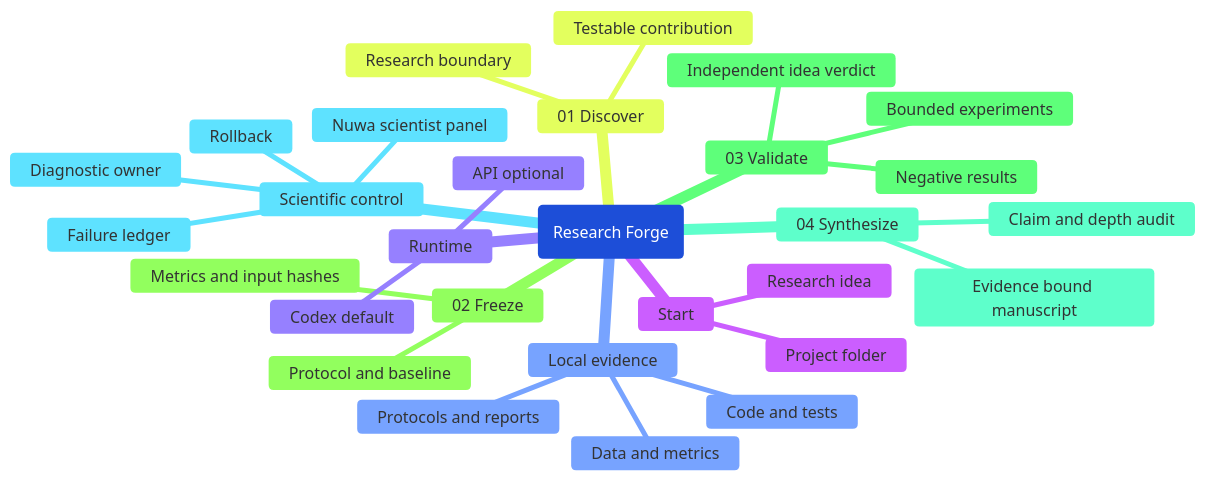
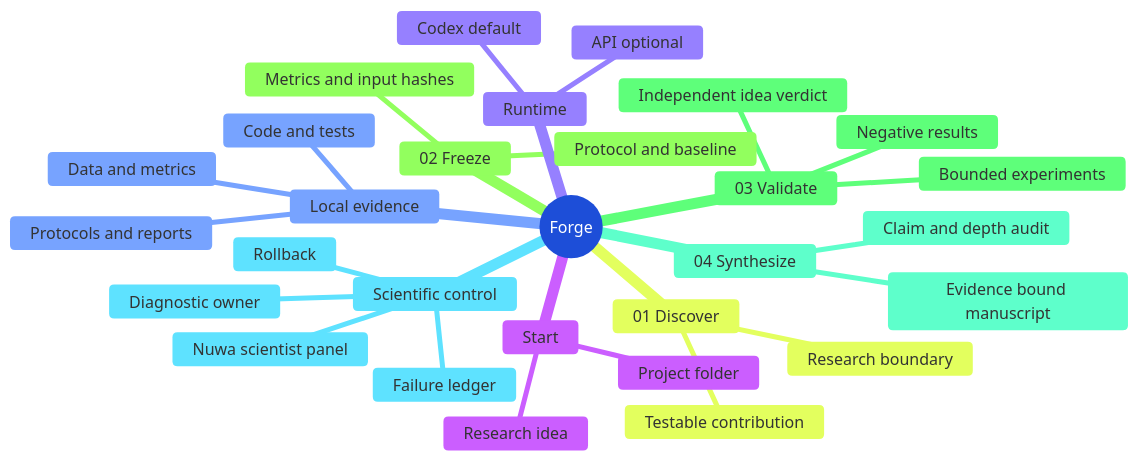
One commit to CKwin26/Auto-Agentic-Research-Forge changed the diagram in README.md. Above: the diagram before and after it, drawn with Mermaid.

Commit message:
Keep mind map label compact

````diff
--- a/README.md
+++ b/README.md
@@ -113,48 +113,48 @@
 ```mermaid
 ---
 config:
   theme: base
   themeVariables:
     background: '#ffffff'
     fontFamily: 'Inter, -apple-system, BlinkMacSystemFont, Segoe UI, sans-serif'
     git0: '#1d4ed8'
     gitBranchLabel0: '#ffffff'
     lineColor: '#94a3b8'
   themeCSS: >-
     .edge, [class*="edge-depth-"] { stroke: #94a3b8 !important; stroke-width: 2px !important; }
     .mindmap-node rect, .mindmap-node path, .mindmap-node circle, .mindmap-node polygon { fill: #f8fafc !important; stroke: #cbd5e1 !important; stroke-width: 1px !important; }
     .mindmap-node span { color: #111827 !important; }
     .section-root rect, .section-root path, .section-root circle, .section-root polygon { fill: #1d4ed8 !important; stroke: #1d4ed8 !important; stroke-width: 2px !important; }
     .section-root span { color: #ffffff !important; }
 ---
 mindmap
-  root(Research Forge)
+  root((Forge))
     Start
       Project folder
       Research idea
     Local evidence
       Code and tests
       Data and metrics
       Protocols and reports
     01 Discover
       Research boundary
       Testable contribution
     02 Freeze
       Protocol and baseline
       Metrics and input hashes
     03 Validate
       Bounded experiments
       Independent idea verdict
       Negative results
     04 Synthesize
       Evidence bound manuscript
       Claim and depth audit
     Scientific control
       Nuwa scientist panel
       Diagnostic owner
       Failure ledger
       Rollback
     Runtime
       Codex default
       API optional
 ```
````
